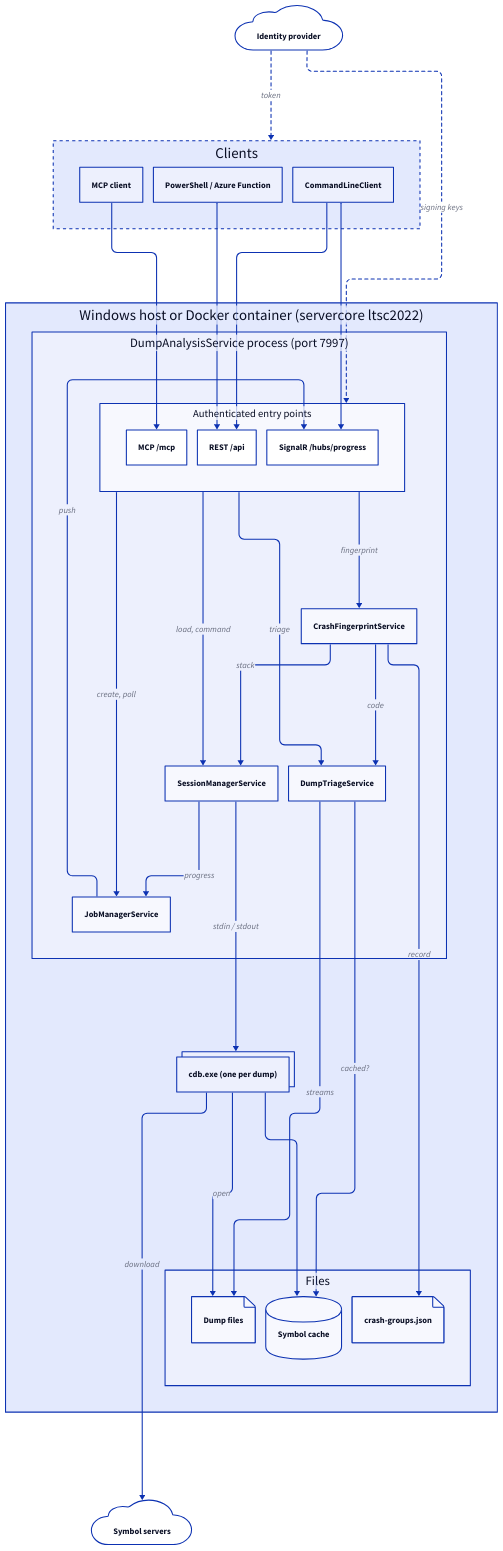
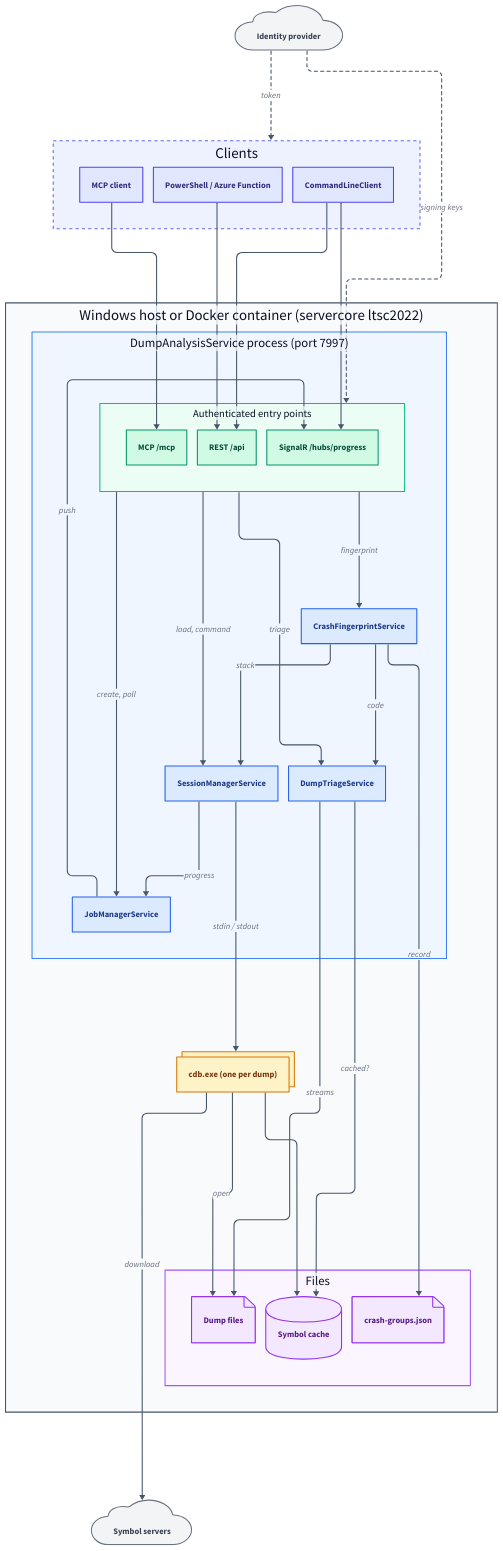
The diagram in docs/architecture/architecture.d2 (janecekvit/mcp-windbg), drawn with D2 before and after one commit. The commit also changed 1 other file, not shown here.

Commit message:
docs: colour the architecture diagram by layer
D2 classes give each layer its own colour: clients indigo, authenticated
entry points green, services blue, cdb.exe amber, files violet, external
services grey; the boundary containers get matching tints. Edges stay slate
so the colours mark the layers. Layout unchanged.

```diff
--- a/docs/architecture/architecture.d2
+++ b/docs/architecture/architecture.d2
@@ -1,106 +1,186 @@
 # mcp-windbg architecture: who talks to whom, and the trust and process boundaries.
 # Source of truth for architecture.svg next to it: edit this file, then run
 # Scripts/render-diagrams.sh and commit both.
 vars: {
   d2-config: {
     layout-engine: elk
   }
 }
 
 direction: down
 
+# One colour per layer: clients (indigo), authenticated entry points (green), services (blue),
+# the debugger process (amber), files (violet), external services (grey), boundaries (slate).
+classes: {
+  client: {
+    style: {
+      fill: "#E0E7FF"
+      stroke: "#4F46E5"
+      font-color: "#312E81"
+    }
+  }
+  entry: {
+    style: {
+      fill: "#D1FAE5"
+      stroke: "#059669"
+      font-color: "#064E3B"
+    }
+  }
+  service: {
+    style: {
+      fill: "#DBEAFE"
+      stroke: "#2563EB"
+      font-color: "#1E3A8A"
+    }
+  }
+  debugger: {
+    style: {
+      fill: "#FEF3C7"
+      stroke: "#D97706"
+      font-color: "#78350F"
+    }
+  }
+  file: {
+    style: {
+      fill: "#F3E8FF"
+      stroke: "#9333EA"
+      font-color: "#581C87"
+    }
+  }
+  external: {
+    style: {
+      fill: "#F3F4F6"
+      stroke: "#6B7280"
+      font-color: "#374151"
+    }
+  }
+}
+
 # Outside the service's trust boundary. Every request carries a JWT bearer token,
 # an API key, or nothing when no credential is configured.
 clients: Clients {
-  style.stroke-dash: 3
+  style: {
+    fill: "#EEF2FF"
+    stroke: "#6366F1"
+    stroke-dash: 3
+  }
 
   # Claude Code or any MCP client (Streamable HTTP).
-  mcp_client: MCP client
-  scripts: PowerShell / Azure Function
-  cli: CommandLineClient
+  mcp_client: MCP client {class: client}
+  scripts: PowerShell / Azure Function {class: client}
+  cli: CommandLineClient {class: client}
 }
 
 # Optional: Microsoft Entra ID or any OpenID Connect provider (Security:Jwt).
 # Clients get access tokens from it; the service only fetches its signing keys.
 idp: Identity provider {
+  class: external
   shape: cloud
 }
 
 host: Windows host or Docker container (servercore ltsc2022) {
+  style: {
+    fill: "#F8FAFC"
+    stroke: "#475569"
+  }
+
   # One ASP.NET Core process: MCP and REST share the same services and jobs.
   service: DumpAnalysisService process (port 7997) {
+    style: {
+      fill: "#EFF6FF"
+      stroke: "#3B82F6"
+    }
+
     # Authentication (policy scheme: JWT bearer or API key), then
     # [Authorize(Policy = DumpPolicies.*)], then the ownership check
     # (EnsureSessionAccess / CanAccessJob). Only GET /api/diagnostics/health is anonymous.
     entry: Authenticated entry points {
+      style: {
+        fill: "#ECFDF5"
+        stroke: "#10B981"
+      }
+
       # DebuggerTools. The caller comes from McpCallerContext (call-tool filter).
-      mcp: MCP /mcp
+      mcp: MCP /mcp {class: entry}
       # JobsController, CrashGroupsController, DiagnosticsController.
-      rest: REST /api
+      rest: REST /api {class: entry}
       # ProgressHub: clients subscribe to the jobs they own.
-      hub: SignalR /hubs/progress
+      hub: SignalR /hubs/progress {class: entry}
     }
 
     # Every operation is a job: created at once, run in a background task, polled.
-    jobs: JobManagerService
+    jobs: JobManagerService {class: service}
     # One CdbSessionService per session. User commands pass CdbCommandPolicy.
-    sessions: SessionManagerService
+    sessions: SessionManagerService {class: service}
     # MinidumpParser reads the dump's streams directly, without the debugger.
-    triage: DumpTriageService
+    triage: DumpTriageService {class: service}
     # Exception code from triage plus the faulting stack from cdb.
-    fingerprints: CrashFingerprintService
+    fingerprints: CrashFingerprintService {class: service}
   }
 
   # Started with -noshell; commands framed by .echo start and end markers.
   cdb: cdb.exe (one per dump) {
+    class: debugger
     style.multiple: true
   }
 
   files: Files {
+    style: {
+      fill: "#FAF5FF"
+      stroke: "#A855F7"
+    }
+
     # Restricted by Security:AllowedDumpDirectories.
     dumps: Dump files {
+      class: file
       shape: page
     }
     symcache: Symbol cache {
+      class: file
       shape: cylinder
     }
     # Crash groups (Fingerprint:RegistryPath).
     registry: crash-groups.json {
+      class: file
       shape: page
     }
   }
 }
 
 # Microsoft and NuGet symbol servers, plus any configured srv* entries.
 symsrv: Symbol servers {
+  class: external
   shape: cloud
 }
 
 clients.mcp_client -> host.service.entry.mcp
 clients.scripts -> host.service.entry.rest
 clients.cli -> host.service.entry.rest
 clients.cli -> host.service.entry.hub
 idp -> clients: token {
   style.stroke-dash: 3
 }
 idp -> host.service.entry: signing keys {
   style.stroke-dash: 3
 }
 
 host.service.entry -> host.service.jobs: create, poll
 host.service.entry -> host.service.sessions: load, command
 host.service.entry -> host.service.triage: triage
 host.service.entry -> host.service.fingerprints: fingerprint
 host.service.jobs -> host.service.entry.hub: push
 
 host.service.sessions -> host.service.jobs: progress
 host.service.sessions -> host.cdb: stdin / stdout
 host.service.fingerprints -> host.service.sessions: stack
 host.service.fingerprints -> host.service.triage: code
 host.service.fingerprints -> host.files.registry: record
 
 host.service.triage -> host.files.dumps: streams
 host.service.triage -> host.files.symcache: cached?
 host.cdb -> host.files.dumps: open
 host.cdb -> host.files.symcache
 host.cdb -> symsrv: download
+
+# Edges in neutral slate, so the colours mark the layers.
+(** -> **)[*].style.stroke: "#475569"
```
